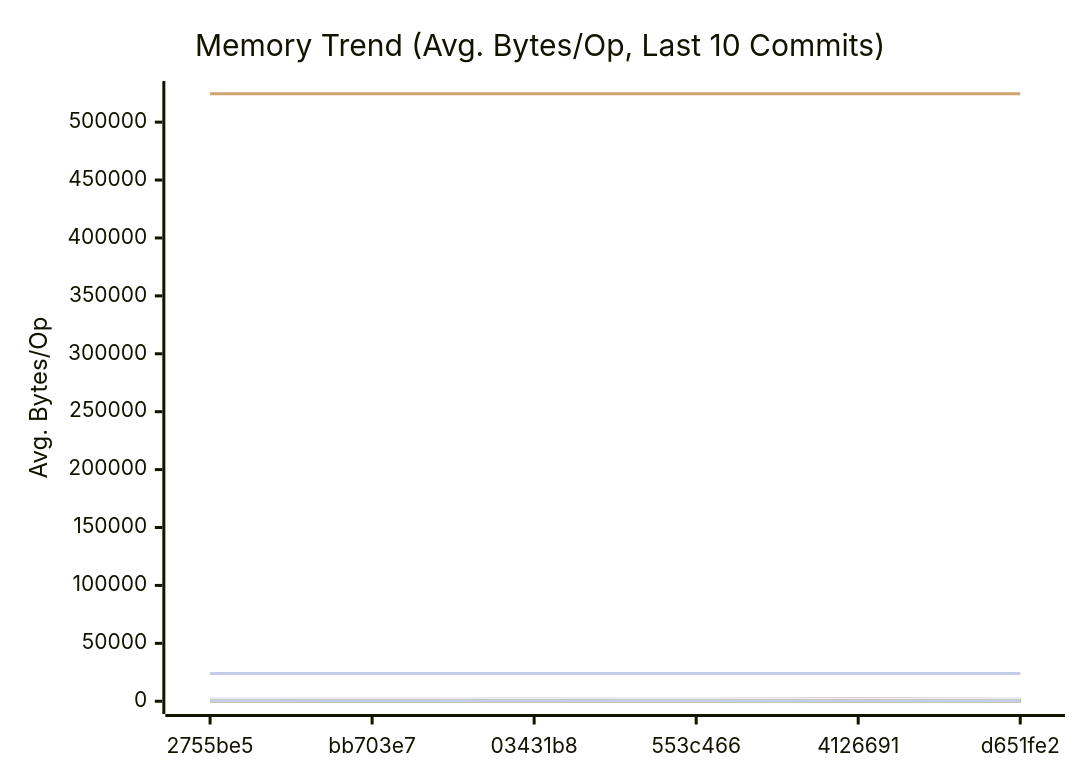
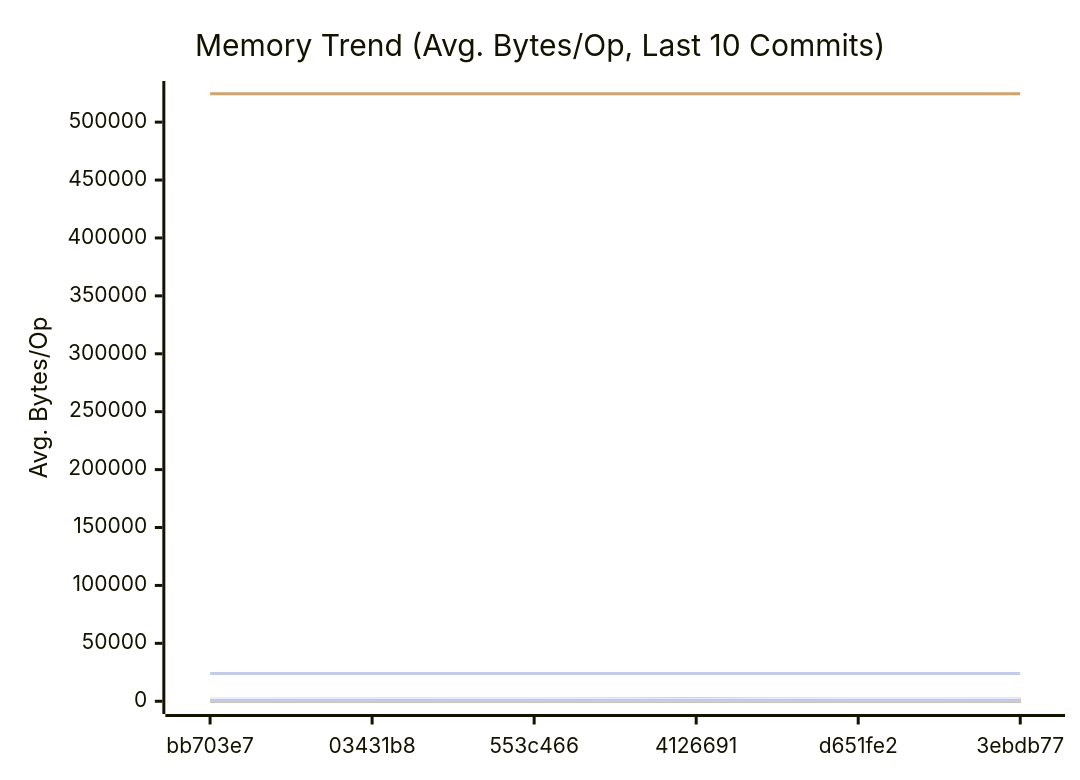
The second of 3 diagrams in docs/PERFORMANCE.md (alsotoes/momo), drawn with Mermaid before and after one commit. The commit also changed other lines of this file and 2 other files, not shown here.

````diff
--- a/docs/PERFORMANCE.md
+++ b/docs/PERFORMANCE.md
@@ -310,44 +310,44 @@
 ```mermaid
 xychart-beta
     title "Memory Trend (Avg. Bytes/Op, Last 10 Commits)"
     x-axis "Commit"
     y-axis "Avg. Bytes/Op"
-    x-axis [2755be5,bb703e7,03431b8,553c466,4126691,d651fe2]
-    line "AWSChunkedReaderSigned" [114,123,127,107,88,100,107,110,64,68]
-    line "AWSChunkedReaderUnsigned" [109,121,110,100,95,109,105,108,49,63]
+    x-axis [bb703e7,03431b8,553c466,4126691,d651fe2,3ebdb77]
+    line "AWSChunkedReaderSigned" [123,127,107,88,100,107,110,64,68,46]
+    line "AWSChunkedReaderUnsigned" [121,110,100,95,109,105,108,49,63,59]
     line "CheckMetricsAndSwap" [0,0,0,0,0,0,0,0,0,0]
     line "CrushOptimized" [0,0,0,0,0,0,0,0,0,0]
     line "CrushOriginal" [164,164,164,164,164,164,164,164,164,164]
-    line "FormatListObjectsV2XML_AppendFormat" [524463,524491,524477,524500,524483,524504,524463,524460,524580,524552]
+    line "FormatListObjectsV2XML_AppendFormat" [524491,524477,524500,524483,524504,524463,524460,524580,524552,524871]
     line "FormatListObjectsV2XML_OldFormat" [24000,24000,24000,24000,24000,24000,24000,24000,24000,24000]
-    line "HashBytes/1MiB" [207,239,189,200,190,206,280,205,138,157]
-    line "HashBytes/256MiB" [189,234,233,223,190,239,186,209,129,172]
-    line "HashBytes/64MiB" [189,213,196,188,246,242,209,232,132,172]
-    line "HashFile/1MiB" [182,175,202,190,214,232,152,244,127,148]
-    line "HashFile/256MiB" [211,184,230,193,152,190,211,261,126,156]
-    line "HashFile/64MiB" [237,203,232,194,193,195,190,258,120,142]
+    line "HashBytes/1MiB" [239,189,200,190,206,280,205,138,157,137]
+    line "HashBytes/256MiB" [234,233,223,190,239,186,209,129,172,116]
+    line "HashBytes/64MiB" [213,196,188,246,242,209,232,132,172,107]
+    line "HashFile/1MiB" [175,202,190,214,232,152,244,127,148,121]
+    line "HashFile/256MiB" [184,230,193,152,190,211,261,126,156,118]
+    line "HashFile/64MiB" [203,232,194,193,195,190,258,120,142,102]
     line "IndexDirectTracking" [0,0,0,0,0,0,0,0,0,0]
     line "IndexSearch" [0,0,0,0,0,0,0,0,0,0]
     line "LastModifiedHeader_AppendFormat" [0,0,0,0,0,0,0,0,0,0]
     line "LastModifiedHeader_Format" [32,32,32,32,32,32,32,32,32,32]
     line "LoadGlobalConfig" [1976,1976,1976,1976,1976,1976,1976,1976,1976,1976]
-    line "LocalWrite/1MiB" [1899,1346,1995,1817,1626,1829,1794,1712,592,751]
-    line "LocalWrite/256MiB" [2213,1940,2087,2086,1665,2131,2012,2499,1674,1356]
-    line "LocalWrite/64MiB" [2063,1863,1888,2026,1495,1896,2009,2371,1365,1282]
+    line "LocalWrite/1MiB" [1346,1995,1817,1626,1829,1794,1712,592,751,950]
+    line "LocalWrite/256MiB" [1940,2087,2086,1665,2131,2012,2499,1674,1356,986]
+    line "LocalWrite/64MiB" [1863,1888,2026,1495,1896,2009,2371,1365,1282,1194]
     line "PadString" [64,64,64,64,64,64,64,64,64,64]
     line "ParseReplicationOrder_NoPrealloc" [408,408,408,408,408,248,248,248,248,248]
     line "ParseReplicationOrder_Prealloc" [240,240,240,240,240,80,80,80,80,80]
     line "Placement" [352,352,352,352,352,352,352,352,352,352]
     line "PlacementDomainSpread" [352,352,352,352,352,352,352,352,352,352]
-    line "ReadVerify/1MiB" [264,221,222,228,159,210,218,304,186,157]
-    line "ReadVerify/256MiB" [233,215,188,195,228,177,262,214,154,147]
-    line "ReadVerify/64MiB" [233,217,201,195,225,199,226,239,179,155]
-    line "S3PutSpool/1MiB" [207,157,170,157,197,205,252,163,115,110]
-    line "S3PutSpool/256MiB" [202,165,171,152,151,201,247,206,112,111]
-    line "S3PutSpool/64MiB" [238,183,173,176,166,167,219,190,127,103]
+    line "ReadVerify/1MiB" [221,222,228,159,210,218,304,186,157,86]
+    line "ReadVerify/256MiB" [215,188,195,228,177,262,214,154,147,118]
+    line "ReadVerify/64MiB" [217,201,195,225,199,226,239,179,155,126]
+    line "S3PutSpool/1MiB" [157,170,157,197,205,252,163,115,110,85]
+    line "S3PutSpool/256MiB" [165,171,152,151,201,247,206,112,111,101]
+    line "S3PutSpool/64MiB" [183,173,176,166,167,219,190,127,103,99]
     line "SanitizeLog/Safe" [0,0,0,0,0,0,0,0,0,0]
     line "SanitizeLog/Unsafe" [704,704,704,704,704,704,704,704,704,704]
-    line "TrustedRead/1MiB" [216,228,174,171,205,178,279,221,125,140]
-    line "TrustedRead/256MiB" [219,190,237,202,213,230,219,184,123,110]
-    line "TrustedRead/64MiB" [199,226,173,163,199,192,233,169,124,113]
+    line "TrustedRead/1MiB" [228,174,171,205,178,279,221,125,140,108]
+    line "TrustedRead/256MiB" [190,237,202,213,230,219,184,123,110,83]
+    line "TrustedRead/64MiB" [226,173,163,199,192,233,169,124,113,70]
 ```
````
